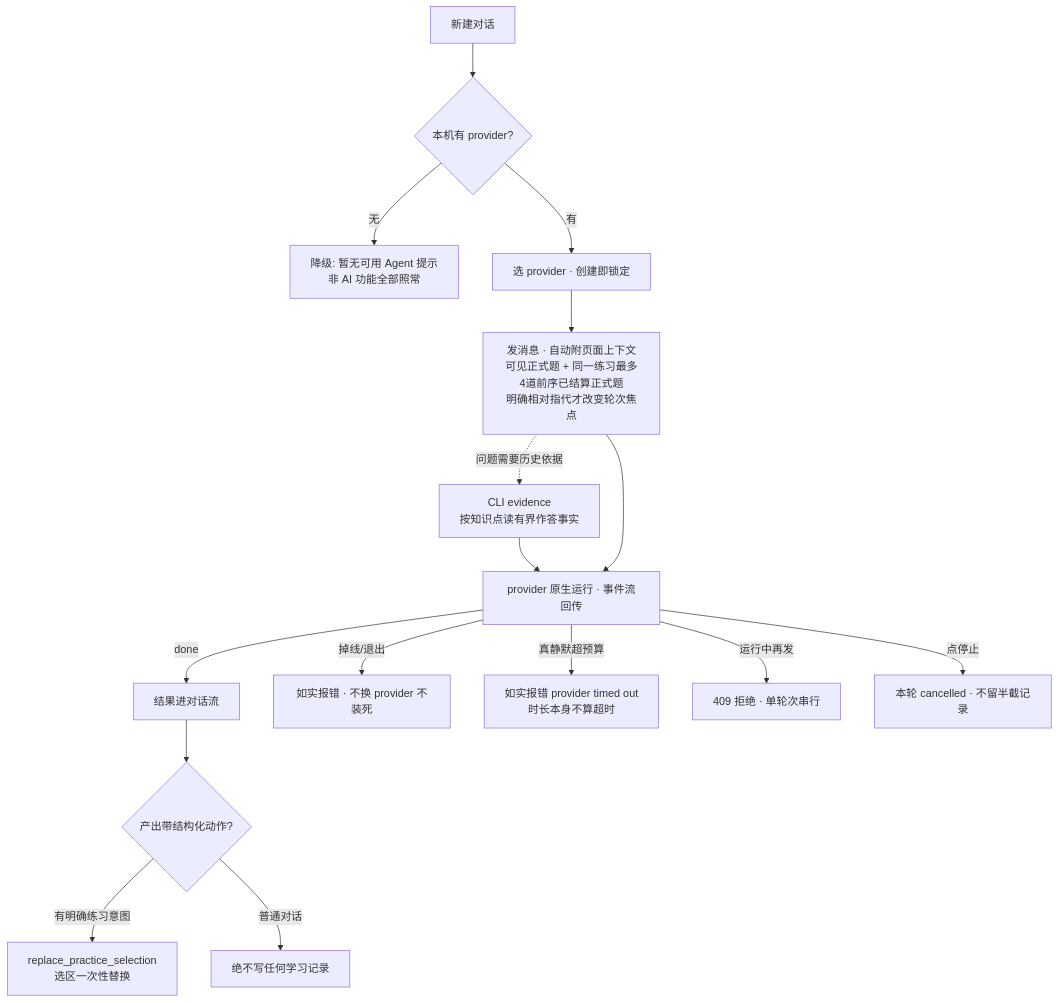
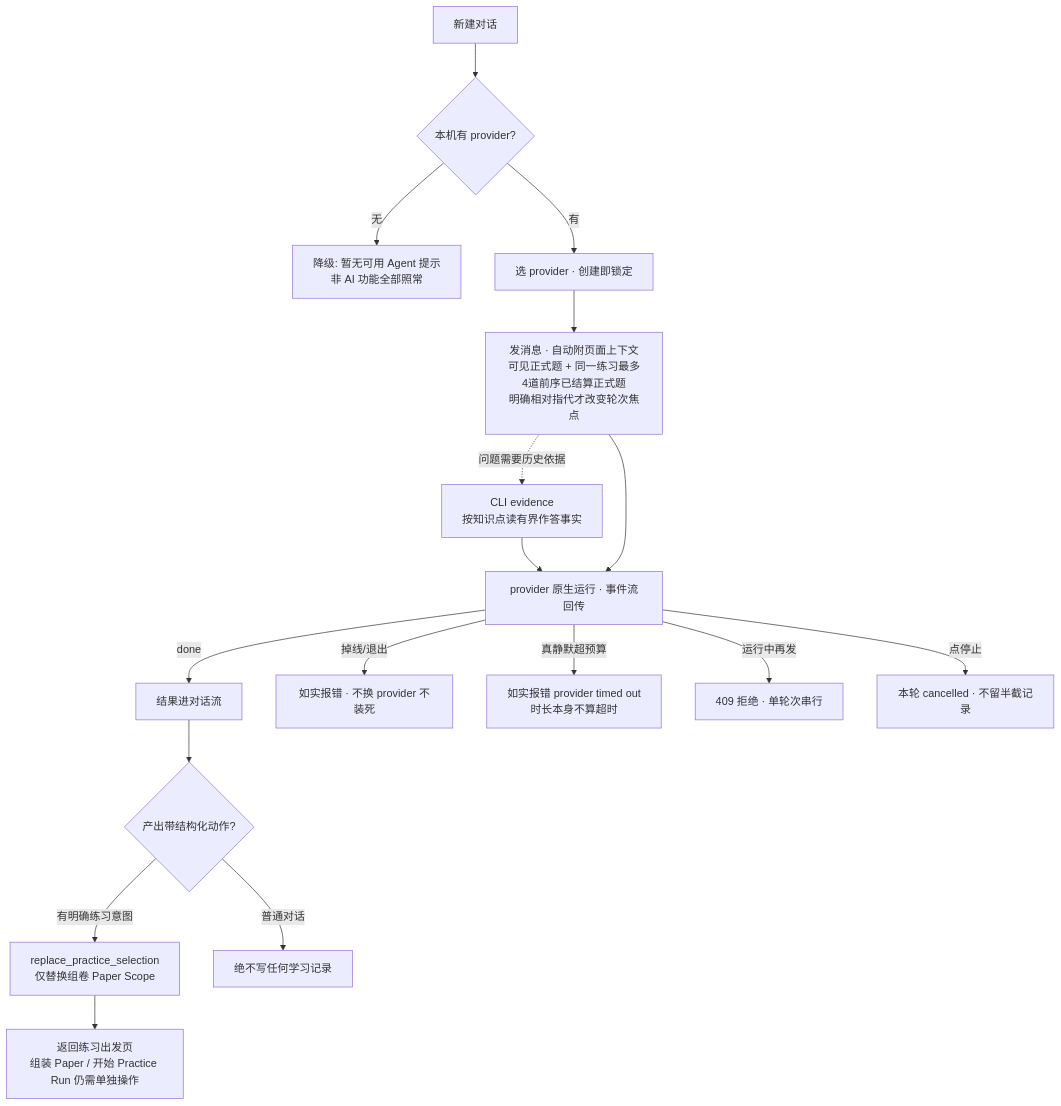
One commit to Amazinnn/Lesson-Kit changed the fourth of 10 diagrams in docs/action-graph/L4-workflows.md. Above: the diagram before and after it, drawn with Mermaid. The commit also changed other lines of this file and 5 other files, not shown here.

````diff
--- a/docs/action-graph/L4-workflows.md
+++ b/docs/action-graph/L4-workflows.md
@@ -96,18 +99,19 @@
 ```mermaid
 flowchart TD
   A[新建对话] --> B{本机有 provider?}
   B -- 无 --> Z1[降级: 暂无可用 Agent 提示<br/>非 AI 功能全部照常]
   B -- 有 --> C[选 provider · 创建即锁定]
   C --> D[发消息 · 自动附页面上下文<br/>可见正式题 + 同一练习最多4道前序已结算正式题<br/>明确相对指代才改变轮次焦点]
   D -. 问题需要历史依据 .-> D1[CLI evidence<br/>按知识点读有界作答事实]
   D1 --> E
   D --> E[provider 原生运行 · 事件流回传]
   E -- done --> F[结果进对话流]
   E -- 掉线/退出 --> F1[如实报错 · 不换 provider 不装死]
   E -- 真静默超预算 --> F4[如实报错 provider timed out<br/>时长本身不算超时]
   E -- 运行中再发 --> F2[409 拒绝 · 单轮次串行]
   E -- 点停止 --> F3[本轮 cancelled · 不留半截记录]
   F --> G{产出带结构化动作?}
-  G -- 有明确练习意图 --> H[replace_practice_selection<br/>选区一次性替换]
+  G -- 有明确练习意图 --> H[replace_practice_selection<br/>仅替换组卷 Paper Scope]
+  H --> H1[返回练习出发页<br/>组装 Paper / 开始 Practice Run 仍需单独操作]
   G -- 普通对话 --> I[绝不写任何学习记录]
 ```
````
